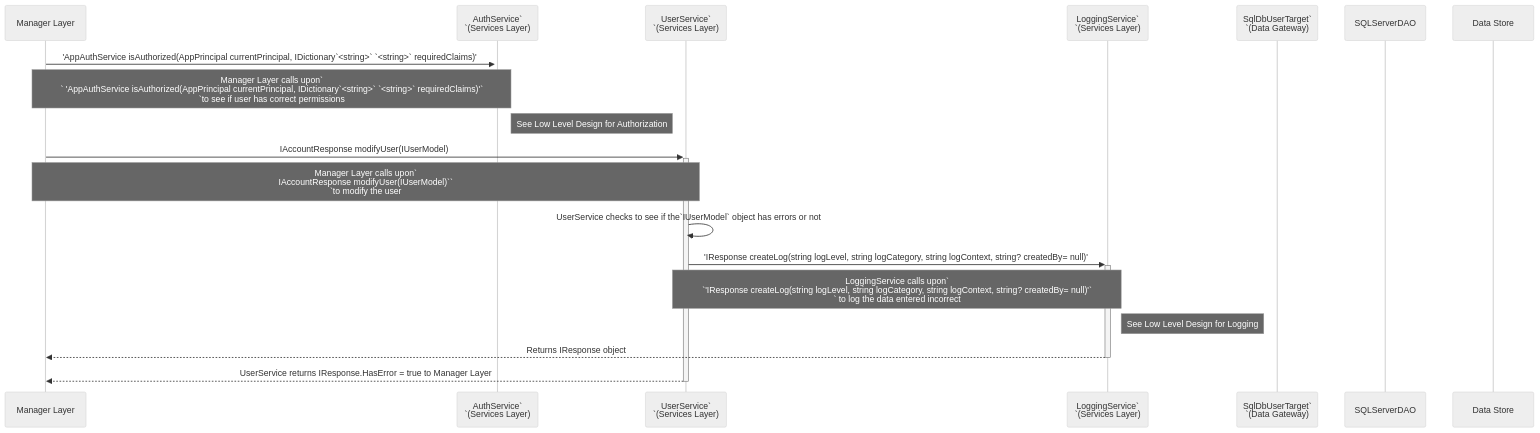
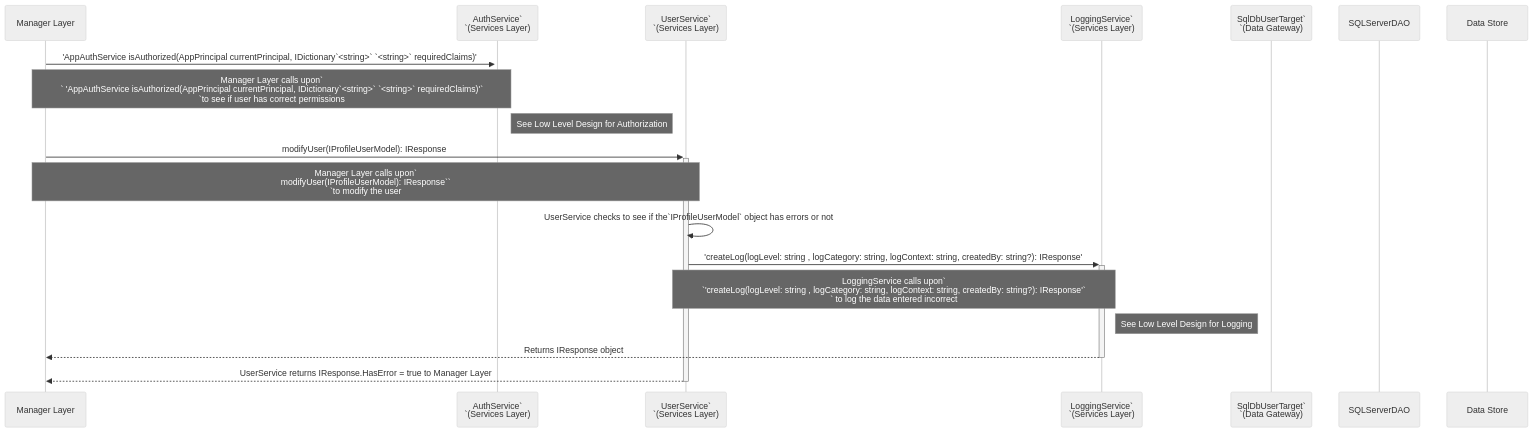
Before and after one commit to MNRainDrop/CECS-491A-Spec: the diagram in Project Documents/Milestone 2/Low Level Design/User Administration Library/AccountModification/UserAdministrationLibrary_AccountModification_UserServiceFail.mmd, drawn with Mermaid (neutral theme). The commit also changed 6 other files, not shown here.

First line of the commit message:
UserProfileModel

```diff
--- a/Project Documents/Milestone 2/Low Level Design/User Administration Library/AccountModification/UserAdministrationLibrary_AccountModification_UserServiceFail.mmd
+++ b/Project Documents/Milestone 2/Low Level Design/User Administration Library/AccountModification/UserAdministrationLibrary_AccountModification_UserServiceFail.mmd
@@ -1,31 +1,31 @@
 sequenceDiagram
 
     # See BRD UA-6 Account Modification
     # MethodName(varaibleName : dataType) : ReturnType
 
     participant ml as Manager Layer
     participant as as AuthService`<br>`(Services Layer)
     participant uc as UserService`<br>`(Services Layer)
     participant ls as LoggingService`<br>`(Services Layer)
     participant dg as SqlDbUserTarget`<br>`(Data Gateway)
     participant da as SQLServerDAO
     participant ds as Data Store
 
     ml->>+as: 'AppAuthService isAuthorized(AppPrincipal currentPrincipal, IDictionary`<string>` `<string>` requiredClaims)'
         Note over ml,as: Manager Layer calls upon`<br>`  'AppAuthService isAuthorized(AppPrincipal currentPrincipal, IDictionary`<string>` `<string>` requiredClaims)'`<br>`to see if user has correct permissions
         Note right of as: See Low Level Design for Authorization
 
-    ml->>+uc: IAccountResponse modifyUser(IUserModel)
-        Note over ml,uc: Manager Layer calls upon`<br>IAccountResponse modifyUser(IUserModel)``<br>`to modify the user
+    ml->>+uc:  modifyUser(IProfileUserModel): IResponse
+        Note over ml,uc: Manager Layer calls upon`<br> modifyUser(IProfileUserModel): IResponse``<br>`to modify the user
 
     # UserService should check/ validate data passed through
-    uc->>uc: UserService checks to see if the`IUserModel` object has errors or not
+    uc->>uc: UserService checks to see if the`IProfileUserModel` object has errors or not
 
-    uc->>+ls:'IResponse createLog(string logLevel, string logCategory, string logContext, string? createdBy= null)'
-        Note over uc,ls: LoggingService calls upon`<br>`'IResponse createLog(string logLevel, string logCategory, string logContext, string? createdBy= null)'`<br>` to log the data entered incorrect
+    uc->>+ls:'createLog(logLevel: string , logCategory: string, logContext: string, createdBy: string?): IResponse'
+        Note over uc,ls: LoggingService calls upon`<br>`'createLog(logLevel: string , logCategory: string, logContext: string, createdBy: string?): IResponse'`<br>` to log the data entered incorrect
         Note right of ls: See Low Level Design for Logging
 
     ls -->>- ml: Returns IResponse object
 
     # Data validiation finds error 
     uc -->>- ml: UserService returns IResponse.HasError = true to Manager Layer
```
